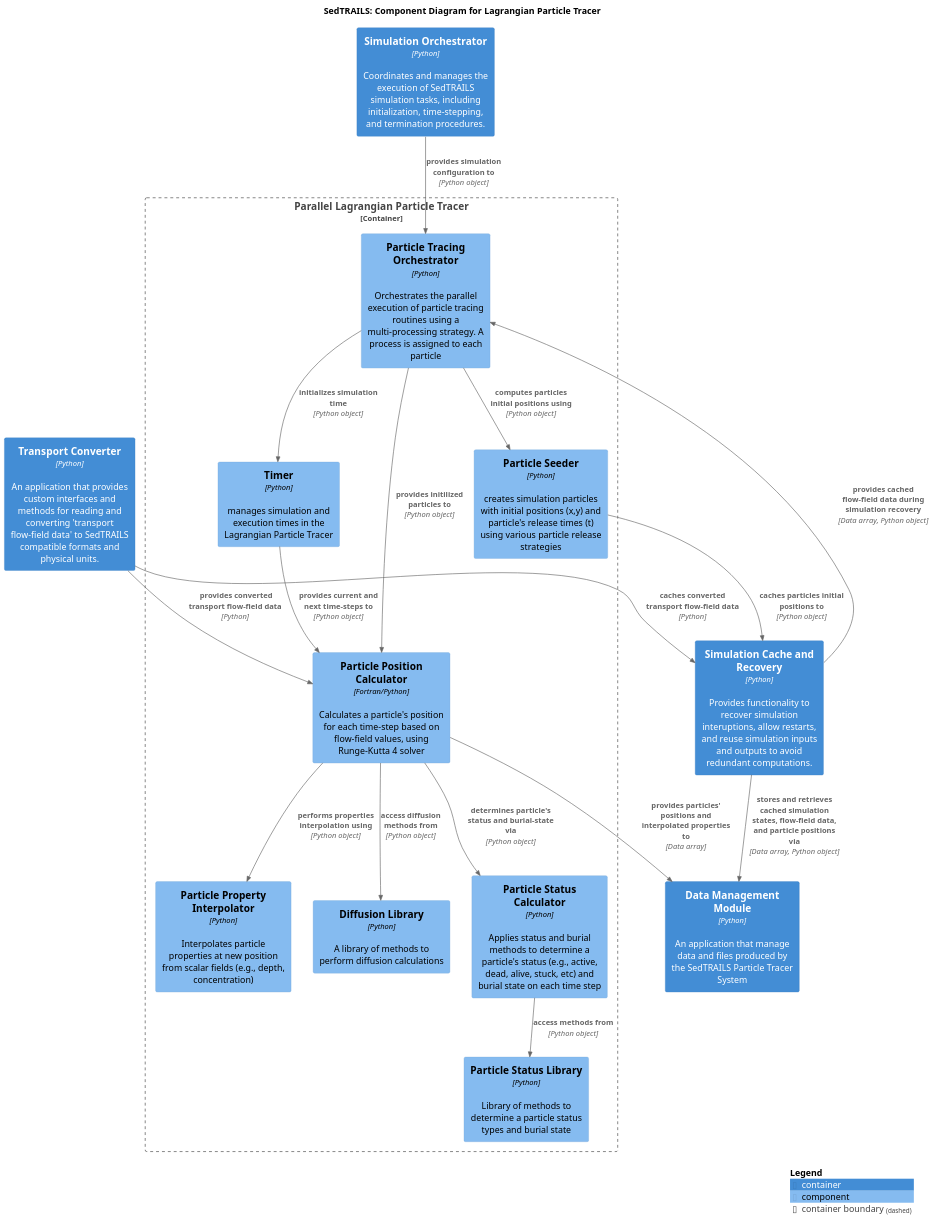
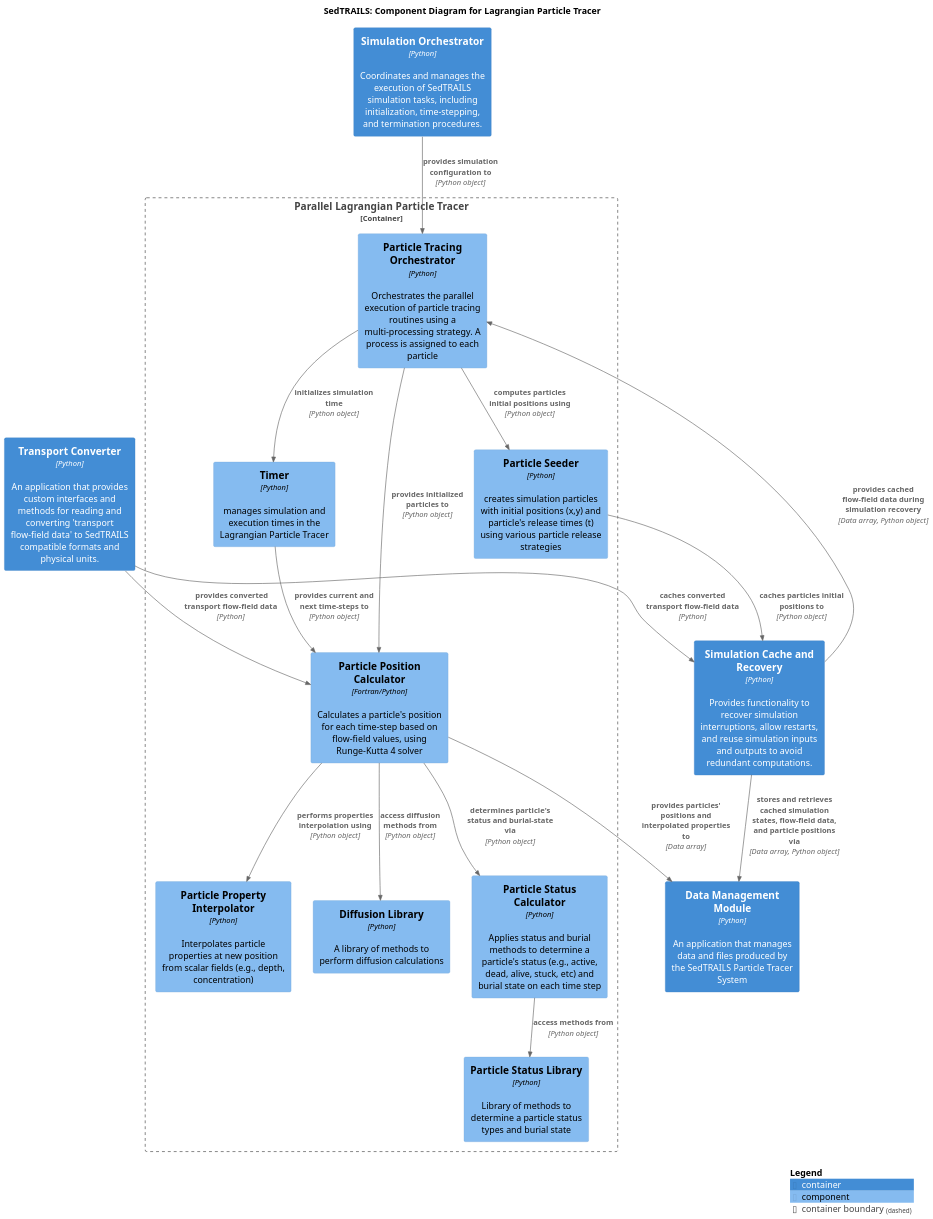
Before and after one commit to sgpearson17/sedtrails-sgp: the diagram in diagrams/components-tracer-app.puml, drawn with PlantUML. The commit also changed 7 other files, not shown here.

Commit message:
docs: correct typos and improve clarity in component diagrams

```diff
--- a/diagrams/components-tracer-app.puml
+++ b/diagrams/components-tracer-app.puml
@@ -1,51 +1,51 @@
 @startuml SedtrailComponentsTracer
 !include ./c4/C4_Component.puml
 ' !theme C4_sandstone from ./c4/themes
 
 
 title SedTRAILS: Component Diagram for Lagrangian Particle Tracer
 scale 1.5
 
-' terminilogy:
+' terminology:
 ' pathway: a collection of particle positions and properties at different time steps    
 
 AddElementTag("review", $bgColor="lightred", $fontColor="red", $borderColor="red")
 
 Container(transportConverter, "Transport Converter", "Python", "An application that provides custom interfaces and methods for reading and converting 'transport flow-field data' to SedTRAILS compatible formats and physical units.")
 
-Container(cache, "Simulation Cache and Recovery", "Python", "Provides functionality to recover simulation interuptions, allow restarts, and reuse simulation inputs and outputs to avoid redundant computations.")
+Container(cache, "Simulation Cache and Recovery", "Python", "Provides functionality to recover simulation interruptions, allow restarts, and reuse simulation inputs and outputs to avoid redundant computations.")
 
-Container(dataManager, "Data Management Module", "Python", "An application that manage data and files produced by the SedTRAILS Particle Tracer System")
+Container(dataManager, "Data Management Module", "Python", "An application that manages data and files produced by the SedTRAILS Particle Tracer System")
 
 Container(simOrchestrator, "Simulation Orchestrator", "Python", "Coordinates and manages the execution of SedTRAILS simulation tasks, including initialization, time-stepping, and termination procedures.")
 
 Container_Boundary(sedtrailsTracer, "Parallel Lagrangian Particle Tracer"){ 
     Component(seedingTool, "Particle Seeder", "Python", "creates simulation particles with initial positions (x,y) and  particle's release times (t) using various particle release strategies")
     Component(tracingOrchestrator, "Particle Tracing Orchestrator", "Python", "Orchestrates the parallel execution of particle tracing routines using a multi-processing strategy. A process is assigned to each particle")
     Component(statusLibrary, "Particle Status Library", "Python", "Library of methods to determine a particle status types and burial state")
     Component(timer, "Timer", "Python", "manages simulation and execution times in the Lagra​ngian Particle Tracer")
     Component(particleStatusCalculator, "Particle Status Calculator", "Python",  "Applies status and burial methods to determine a particle's status (e.g., active, dead, alive, stuck, etc) and burial state on each time step​")
     Component(positionCalculator, "Particle Position Calculator", "Fortran/Python", "Calculates a particle's position for each time-step based on flow-field values, using Runge-Kutta 4 solver")
     Component(propertyInterpolator, "Particle Property Interpolator", "Python", "Interpolates particle properties at new position from scalar fields (e.g., depth, concentration)​")
     Component(diffusionLibrary, "Diffusion Library", "Python", "A library of methods to perform diffusion calculations​")
     
     Rel(simOrchestrator, tracingOrchestrator, "provides simulation configuration to", "Python object")
     Rel(tracingOrchestrator, timer, "initializes simulation time", "Python object")
     Rel(timer, positionCalculator, "provides current and next time-steps to", "Python object")
-    Rel(tracingOrchestrator, positionCalculator, "provides initilized particles to", "Python object")
+    Rel(tracingOrchestrator, positionCalculator, "provides initialized particles to", "Python object")
     Rel(tracingOrchestrator, seedingTool, "computes particles initial positions using", "Python object")
     Rel(positionCalculator, dataManager, "provides particles' positions and  interpolated properties to", "Data array")
     Rel(seedingTool, cache,  "caches particles initial positions to", "Python object")
     Rel(particleStatusCalculator, statusLibrary, "access methods from", "Python object")
     Rel(positionCalculator, diffusionLibrary, "access diffusion methods from", "Python object")
     Rel(positionCalculator, propertyInterpolator,"performs properties interpolation using", "Python object")
     Rel(positionCalculator, particleStatusCalculator, "determines particle's status and burial-state via", "Python object")
 }
 
 Rel(cache, dataManager, "stores and retrieves cached simulation states, flow-field data, and particle positions via", "Data array, Python object") 
 Rel(transportConverter, cache,  "caches converted transport flow-field data", "Python") 
 Rel(transportConverter,  positionCalculator, " provides converted transport flow-field data", "Python") 
 Rel(cache, tracingOrchestrator, "provides cached flow-field data during simulation recovery", "Data array, Python object")
 
 SHOW_LEGEND()
 @enduml
```
